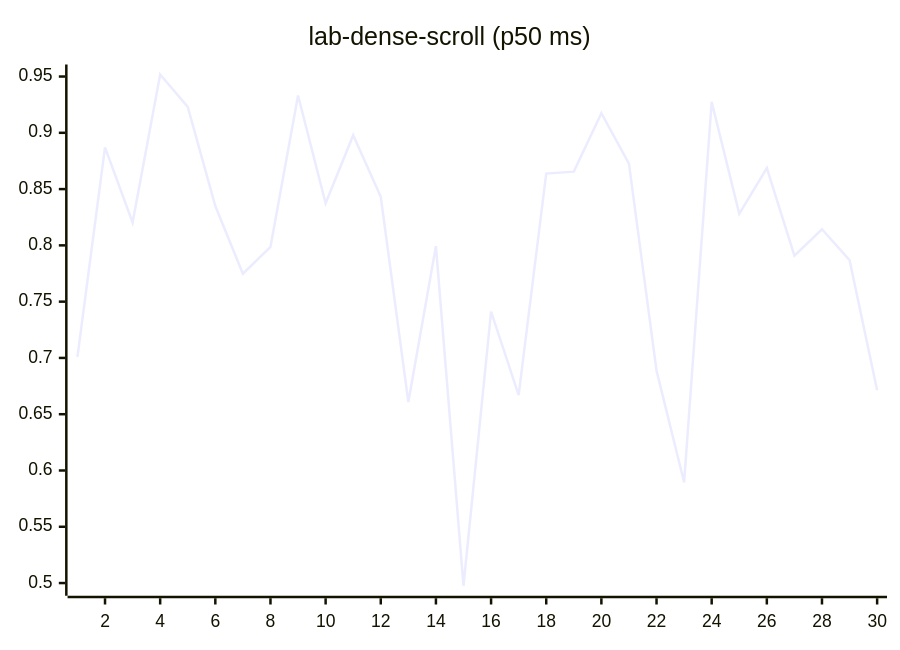
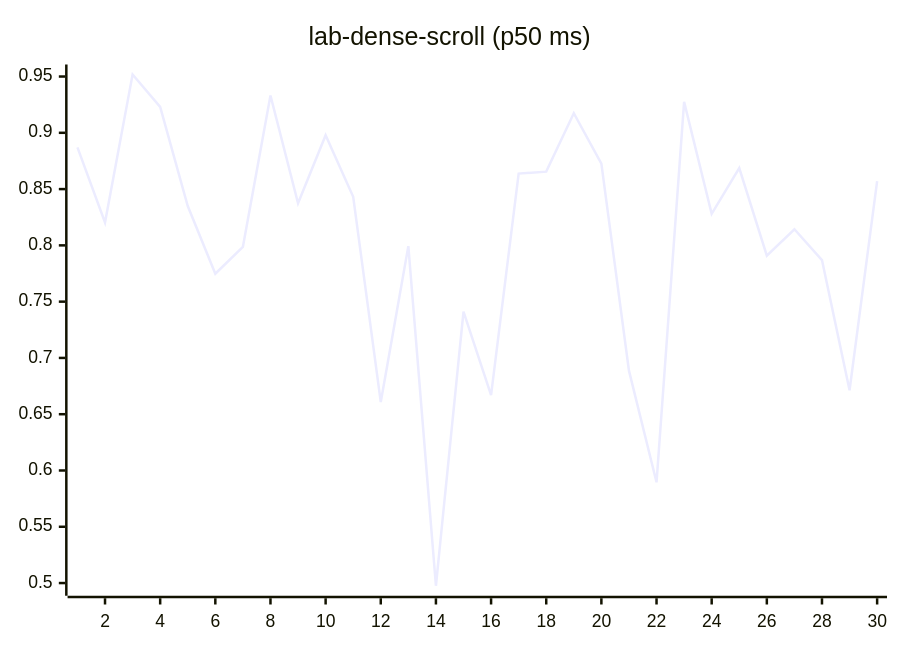
One commit to josha/Facet changed diagram 12 of 27 in README.md. Above: the diagram before and after it, drawn with Mermaid. The commit also changed other lines of this file and 2 other files, not shown here.

````diff
--- a/README.md
+++ b/README.md
@@ -140,6 +140,6 @@
 ```mermaid
 xychart-beta
     title "lab-dense-scroll (p50 ms)"
     x-axis 1 --> 30
-    line [0.7010, 0.8871, 0.8203, 0.9518, 0.9230, 0.8349, 0.7748, 0.7987, 0.9331, 0.8374, 0.8979, 0.8432, 0.6608, 0.7993, 0.4976, 0.7412, 0.6669, 0.8638, 0.8655, 0.9174, 0.8727, 0.6887, 0.5895, 0.9275, 0.8280, 0.8687, 0.7908, 0.8143, 0.7869, 0.6713]
+    line [0.8871, 0.8203, 0.9518, 0.9230, 0.8349, 0.7748, 0.7987, 0.9331, 0.8374, 0.8979, 0.8432, 0.6608, 0.7993, 0.4976, 0.7412, 0.6669, 0.8638, 0.8655, 0.9174, 0.8727, 0.6887, 0.5895, 0.9275, 0.8280, 0.8687, 0.7908, 0.8143, 0.7869, 0.6713, 0.8570]
 ```
````
